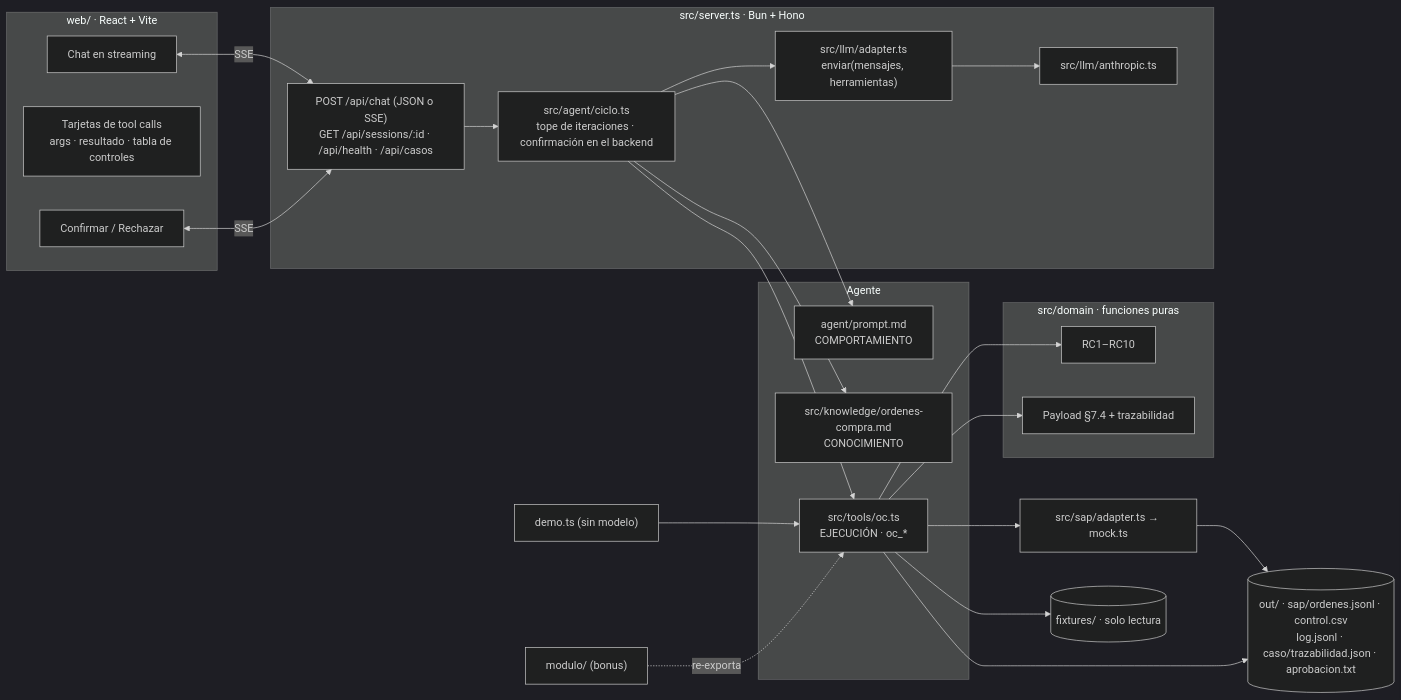
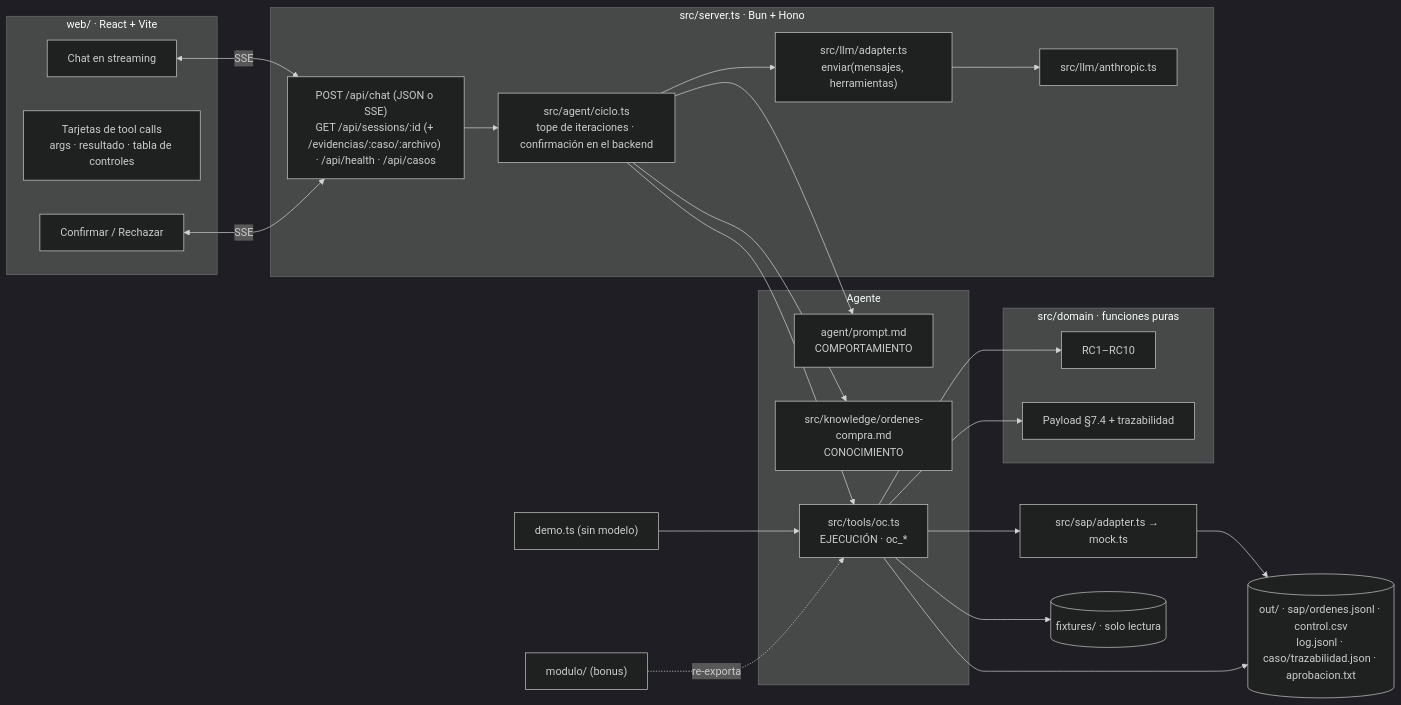
One commit to jucecortes/reto-03-ordenes-compra changed the first of 2 diagrams in SOLUCION.md. Above: the diagram before and after it, drawn with Mermaid (dark theme). The commit also changed other lines of this file and 11 other files, not shown here.

````diff
--- a/SOLUCION.md
+++ b/SOLUCION.md
@@ -11,41 +11,41 @@
 ```mermaid
 flowchart LR
   subgraph Front["web/ · React + Vite"]
     Chat[Chat en streaming]
     Tarjetas[Tarjetas de tool calls<br/>args · resultado · tabla de controles]
     Conf[Confirmar / Rechazar]
   end
 
   subgraph Backend["src/server.ts · Bun + Hono"]
-    API["POST /api/chat (JSON o SSE)<br/>GET /api/sessions/:id · /api/health · /api/casos"]
+    API["POST /api/chat (JSON o SSE)<br/>GET /api/sessions/:id (+ /evidencias/:caso/:archivo) · /api/health · /api/casos"]
     Ciclo["src/agent/ciclo.ts<br/>tope de iteraciones · confirmación en el backend"]
     LLM["src/llm/adapter.ts<br/>enviar(mensajes, herramientas)"]
     Claude["src/llm/anthropic.ts"]
   end
 
   subgraph Agente["Agente"]
     Prompt["agent/prompt.md<br/>COMPORTAMIENTO"]
     Conoc["src/knowledge/ordenes-compra.md<br/>CONOCIMIENTO"]
     Tools["src/tools/oc.ts<br/>EJECUCIÓN · oc_*"]
   end
 
   subgraph Dominio["src/domain · funciones puras"]
     Reglas[RC1–RC10]
     Payload[Payload §7.4 + trazabilidad]
   end
 
   SAP["src/sap/adapter.ts → mock.ts"]
   Fix[(fixtures/ · solo lectura)]
   Out[(out/ · sap/ordenes.jsonl · control.csv<br/>log.jsonl · caso/trazabilidad.json · aprobacion.txt)]
   Demo["demo.ts (sin modelo)"]
   Mod["modulo/ (bonus)"]
 
   Chat & Conf <-->|SSE| API --> Ciclo --> LLM --> Claude
   Ciclo --> Prompt & Conoc
   Ciclo --> Tools --> Reglas & Payload
   Tools --> SAP --> Out
   Tools --> Fix
   Tools --> Out
   Demo --> Tools
   Mod -. re-exporta .-> Tools
 ```
````
